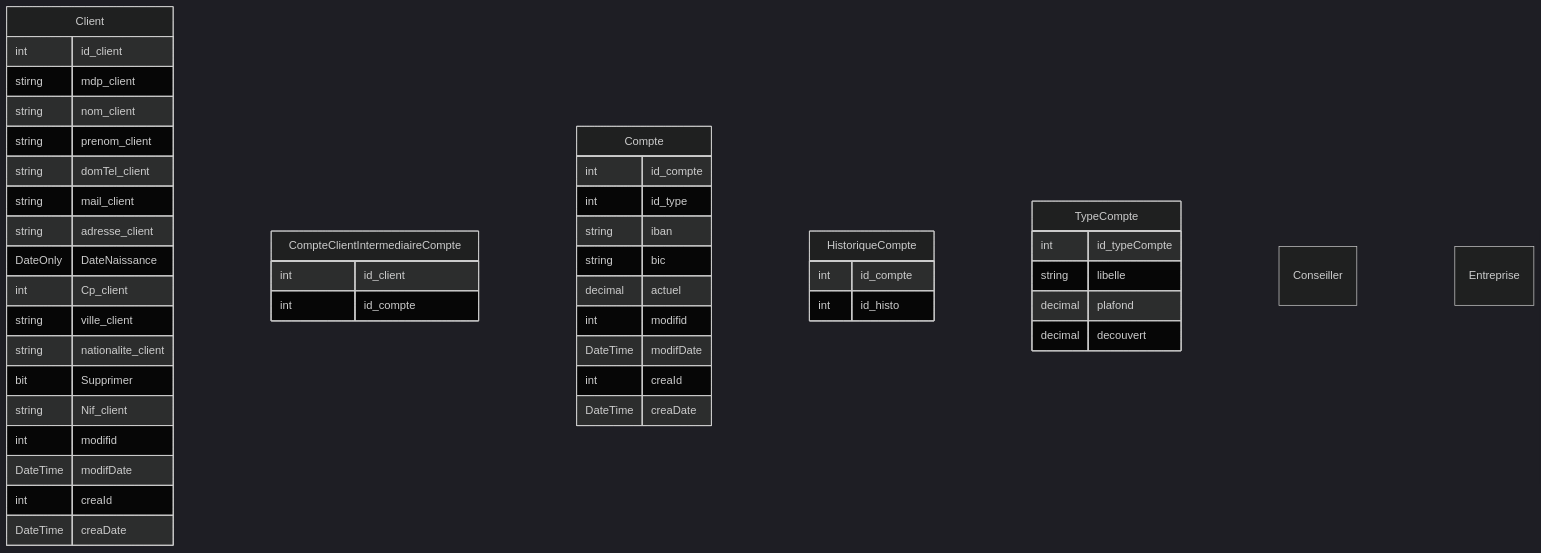
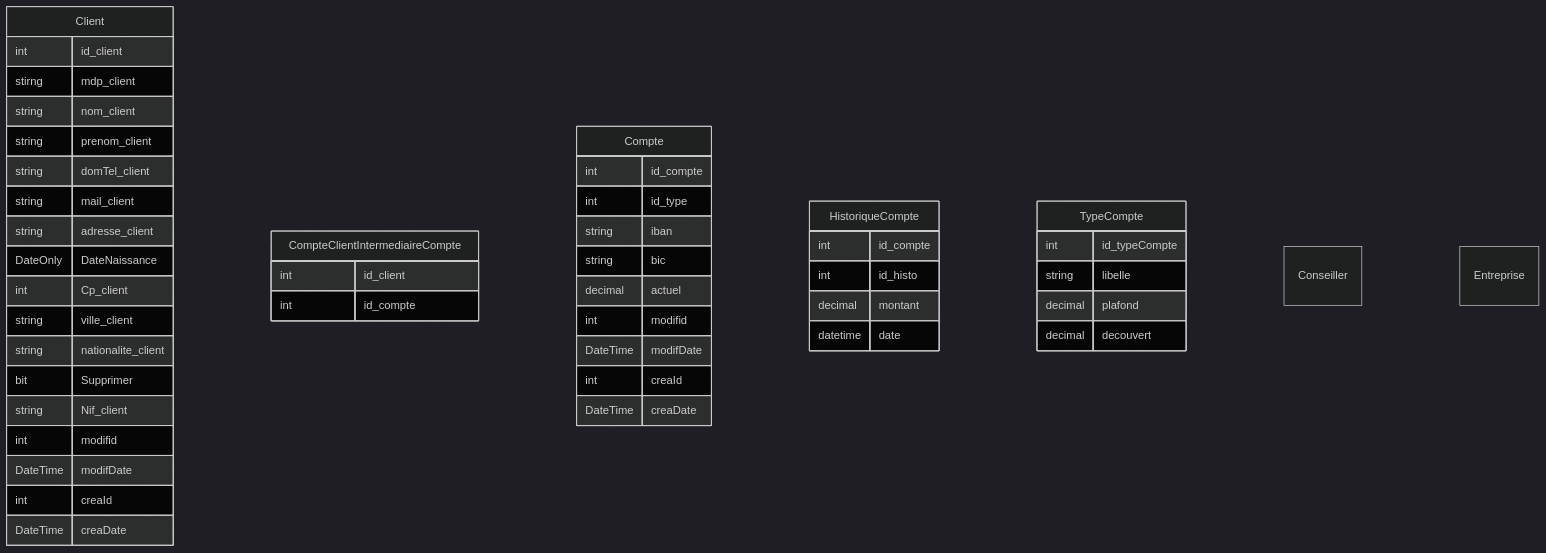
One commit to tsysy93/Projet-App-Banque changed the third of 3 diagrams in Documentation/CDC.md. Above: the diagram before and after it, drawn with Mermaid (dark theme).

Commit message:
Add forgotten

````diff
--- a/Documentation/CDC.md
+++ b/Documentation/CDC.md
@@ -124,61 +124,63 @@
 ```mermaid 
 erDiagram
 
  Client {
    int id_client
    stirng mdp_client
    string nom_client
    string prenom_client
    string domTel_client
    string mail_client
    string adresse_client
    DateOnly DateNaissance
    int Cp_client
    string ville_client
    string nationalite_client
    bit Supprimer
    string Nif_client
    int modifid
    DateTime modifDate
    int creaId
    DateTime creaDate
  }
 
 CompteClientIntermediaireCompte {
    int id_client
    int id_compte
 }
 
 Compte {
    int id_compte
    int id_type
    string iban
    string bic
    decimal actuel 
    int modifid
    DateTime modifDate
    int creaId
    DateTime creaDate
  }
 
  HistoriqueCompte {
    int id_compte
    int id_histo
+   decimal montant
+   datetime date
  }
 
  TypeCompte {
    int id_typeCompte
    string libelle
    decimal plafond
    decimal decouvert
  }
 
 Conseiller {
 
 }
 
 Entreprise {
 
 }
 
 ```
````
